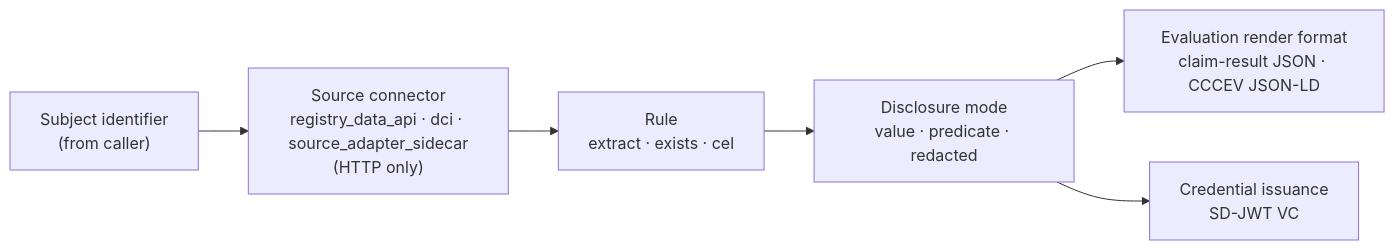
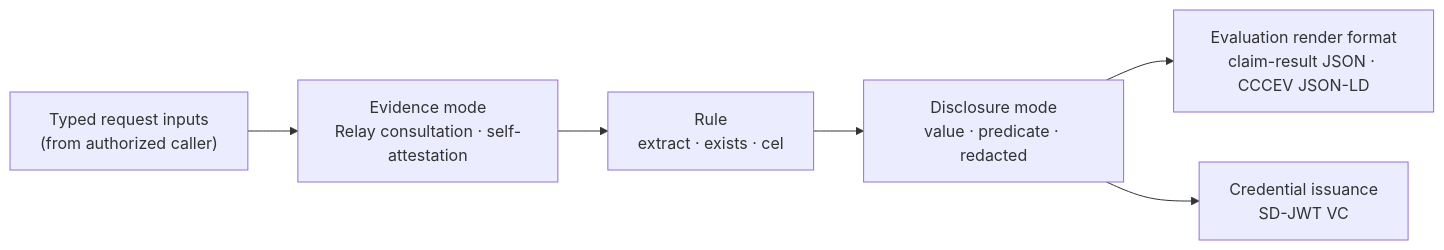
Before and after one commit to registrystack/registry-stack: the diagram in docs/site/src/content/docs/spec/rs-pr-notary.mdx, drawn with Mermaid. The commit also changed other lines of this file and 53 other files, not shown here.

````diff
--- a/docs/site/src/content/docs/spec/rs-pr-notary.mdx
+++ b/docs/site/src/content/docs/spec/rs-pr-notary.mdx
@@ -107,11 +107,11 @@
 ```mermaid
 flowchart LR
-    subject["Subject identifier<br/>(from caller)"]
-    connector["Source connector<br/>registry_data_api · dci · source_adapter_sidecar<br/>(HTTP only)"]
+    subject["Typed request inputs<br/>(from authorized caller)"]
+    evidence["Evidence mode<br/>Relay consultation · self-attestation"]
     rule["Rule<br/>extract · exists · cel"]
     disclosure["Disclosure mode<br/>value · predicate · redacted"]
     format["Evaluation render format<br/>claim-result JSON · CCCEV JSON-LD"]
     credential["Credential issuance<br/>SD-JWT VC"]
-    subject --> connector --> rule --> disclosure --> format
+    subject --> evidence --> rule --> disclosure --> format
     disclosure --> credential
 ```
````
